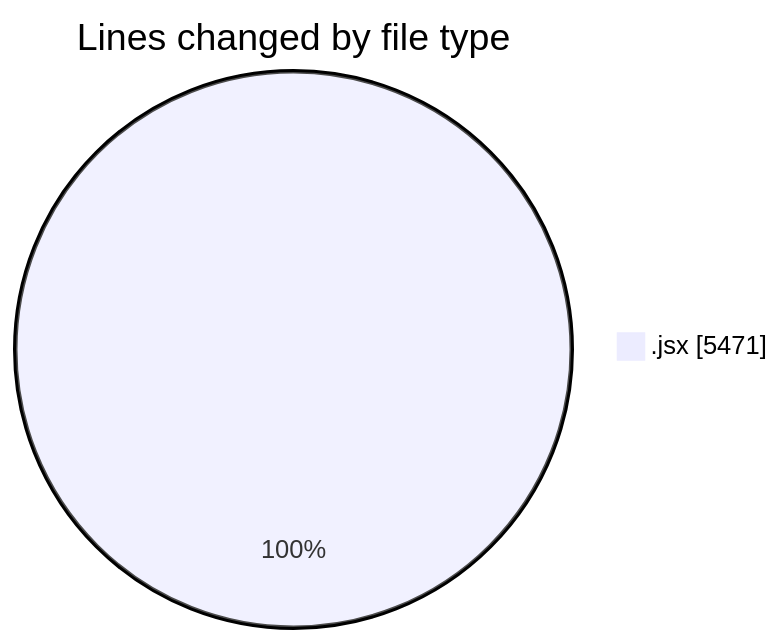
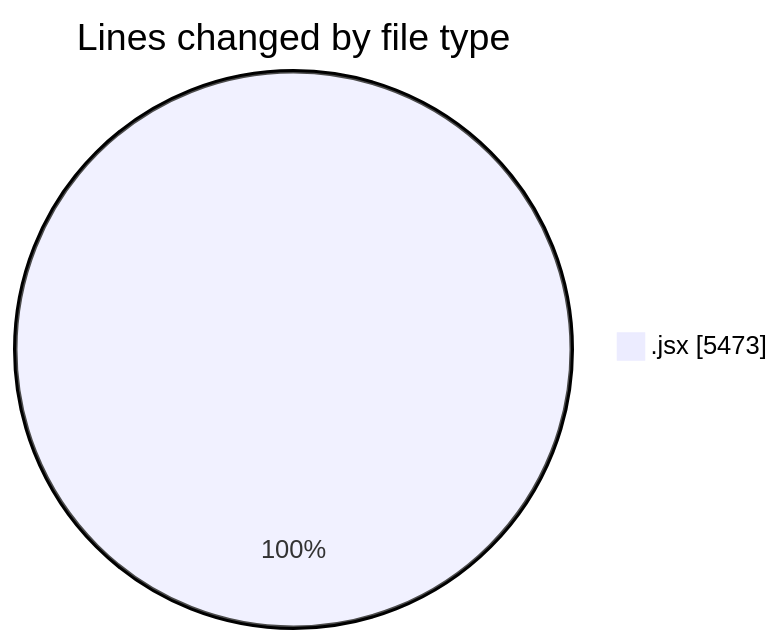
Before and after one commit to nxtqubesakshisongat/code-tracking: the first of 2 diagrams in 2025-05-05/nxtqube_webapp/README.md, drawn with Mermaid. The commit also changed other lines of this file and 1 other file, not shown here.

````diff
--- a/2025-05-05/nxtqube_webapp/README.md
+++ b/2025-05-05/nxtqube_webapp/README.md
@@ -21,5 +21,5 @@
 ```mermaid
 pie showData
 title Lines changed by file type
-".jsx" : 5471
+".jsx" : 5473
 ```
````
